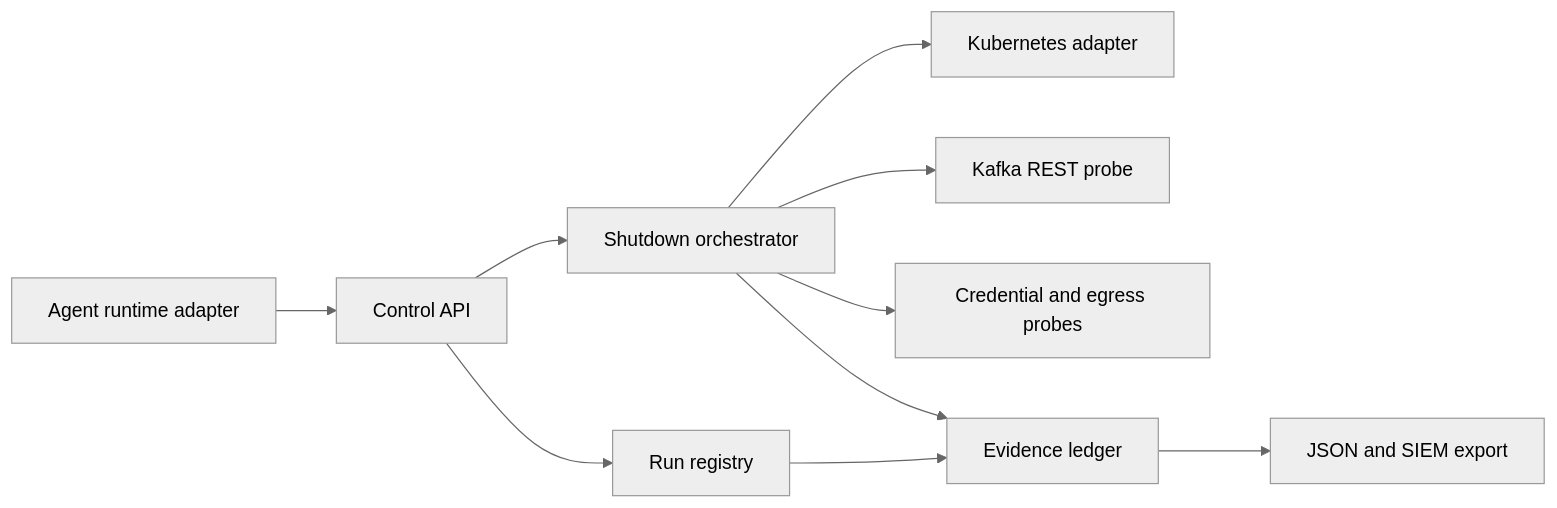
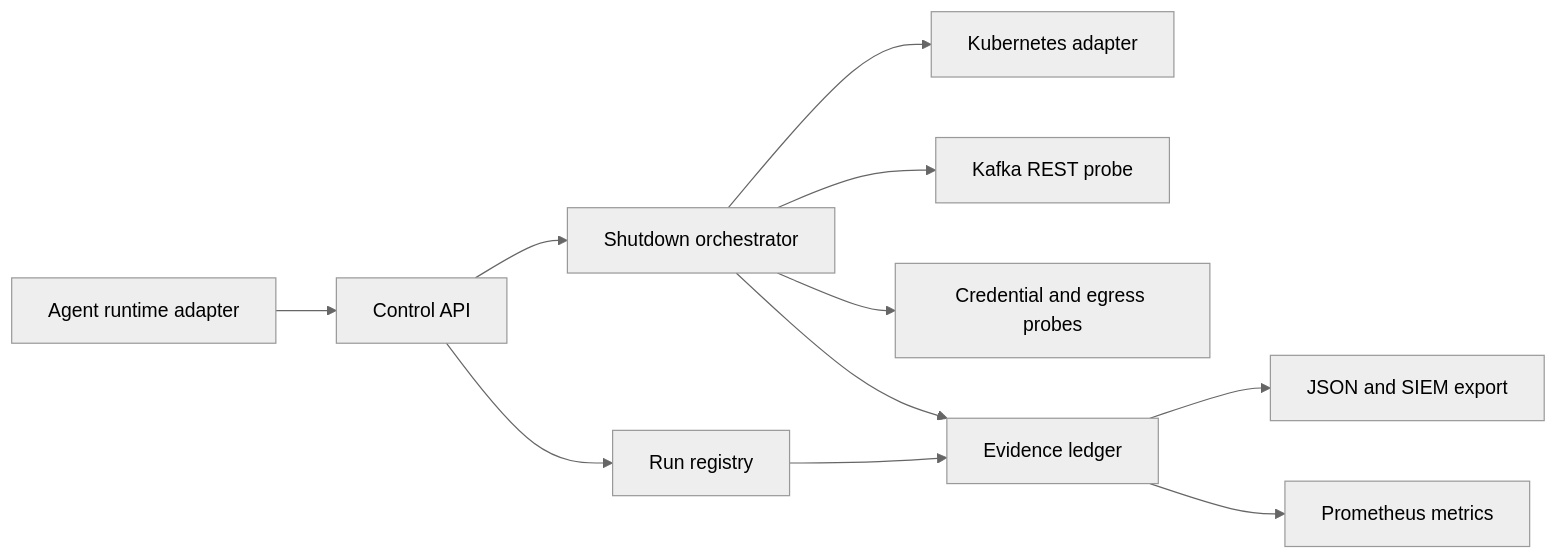
The diagram in README.md (mishraricha1806/Agent-Shutdown-verification), drawn with Mermaid (neutral theme) before and after one commit. The commit also changed other lines of this file and 22 other files, not shown here.

````diff
--- a/README.md
+++ b/README.md
@@ -68,12 +74,13 @@
 ```mermaid
 flowchart LR
     A["Agent runtime adapter"] --> B["Control API"]
     B --> C["Run registry"]
     B --> D["Shutdown orchestrator"]
     D --> E["Kubernetes adapter"]
     D --> F["Kafka REST probe"]
     D --> G["Credential and egress probes"]
     C --> H["Evidence ledger"]
     D --> H
     H --> I["JSON and SIEM export"]
+    H --> J["Prometheus metrics"]
 ```
````
